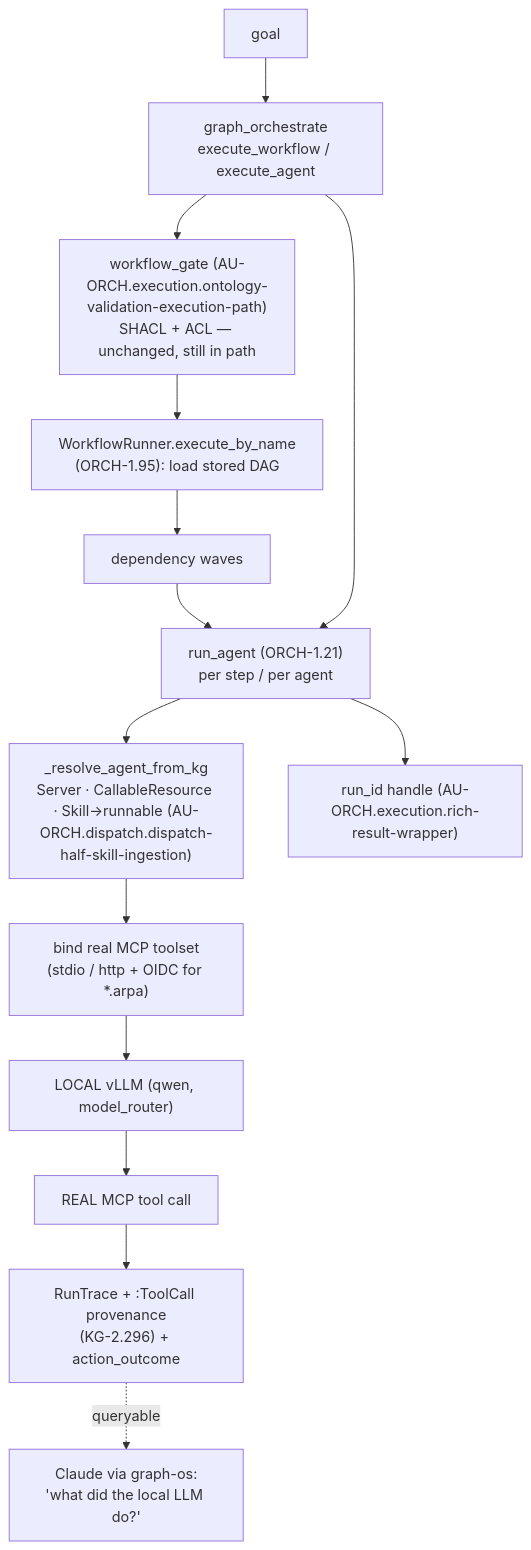
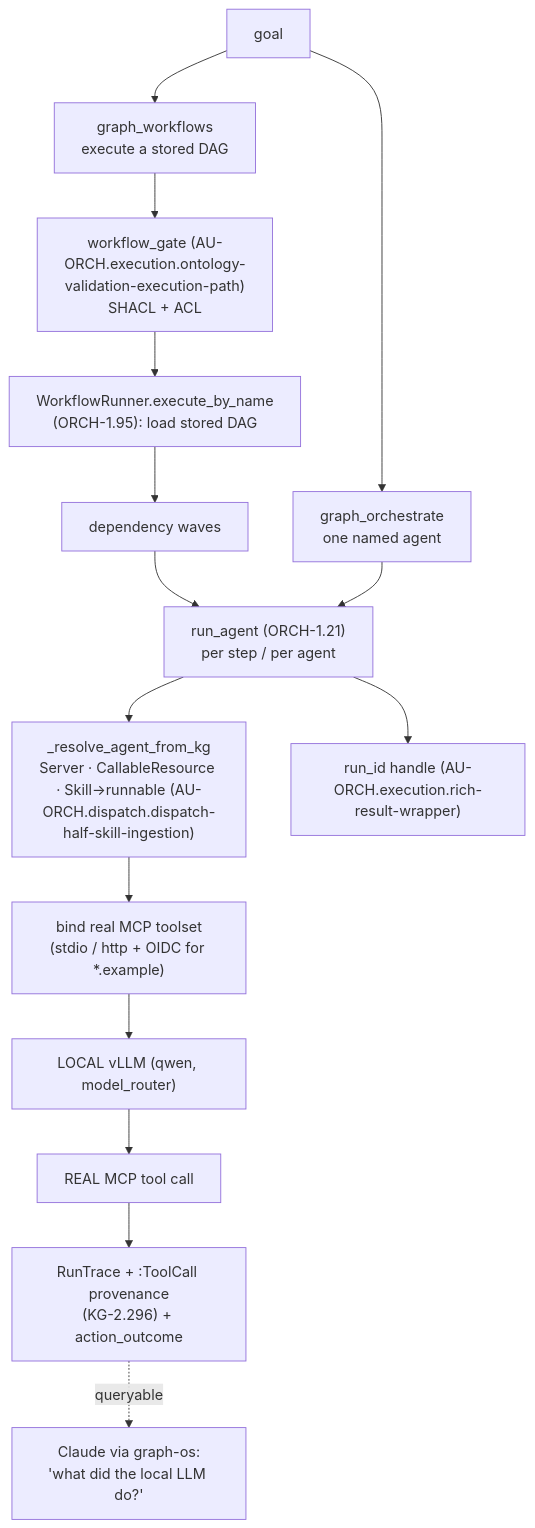
Before and after one commit to Knuckles-Team/agent-utilities: the diagram in docs/architecture/orchestration-execution-seam.md, drawn with Mermaid. The commit also changed other lines of this file and 3818 other files, not shown here.

````diff
--- a/docs/architecture/orchestration-execution-seam.md
+++ b/docs/architecture/orchestration-execution-seam.md
@@ -25,16 +25,17 @@
 ```mermaid
 flowchart TD
-    G[goal] --> O["graph_orchestrate<br/>execute_workflow / execute_agent"]
-    O --> GATE["workflow_gate (AU-ORCH.execution.ontology-validation-execution-path)<br/>SHACL + ACL — unchanged, still in path"]
+    G[goal] --> O["graph_orchestrate<br/>one named agent"]
+    G --> WF["graph_workflows<br/>execute a stored DAG"]
+    WF --> GATE["workflow_gate (AU-ORCH.execution.ontology-validation-execution-path)<br/>SHACL + ACL"]
     GATE --> WR["WorkflowRunner.execute_by_name<br/>(ORCH-1.95): load stored DAG"]
     WR --> WAVE["dependency waves"]
     WAVE --> RA["run_agent (ORCH-1.21)<br/>per step / per agent"]
     O --> RA
     RA --> RES["_resolve_agent_from_kg<br/>Server · CallableResource · Skill→runnable (AU-ORCH.dispatch.dispatch-half-skill-ingestion)"]
-    RES --> BIND["bind real MCP toolset<br/>(stdio / http + OIDC for *.arpa)"]
+    RES --> BIND["bind real MCP toolset<br/>(stdio / http + OIDC for *.example)"]
     BIND --> LLM["LOCAL vLLM (qwen, model_router)"]
     LLM --> TOOL["REAL MCP tool call"]
     TOOL --> TRACE["RunTrace + :ToolCall provenance<br/>(KG-2.296) + action_outcome"]
     RA --> RID["run_id handle (AU-ORCH.execution.rich-result-wrapper)"]
     TRACE -.queryable.-> CLAUDE["Claude via graph-os:<br/>'what did the local LLM do?'"]
 ```
````
